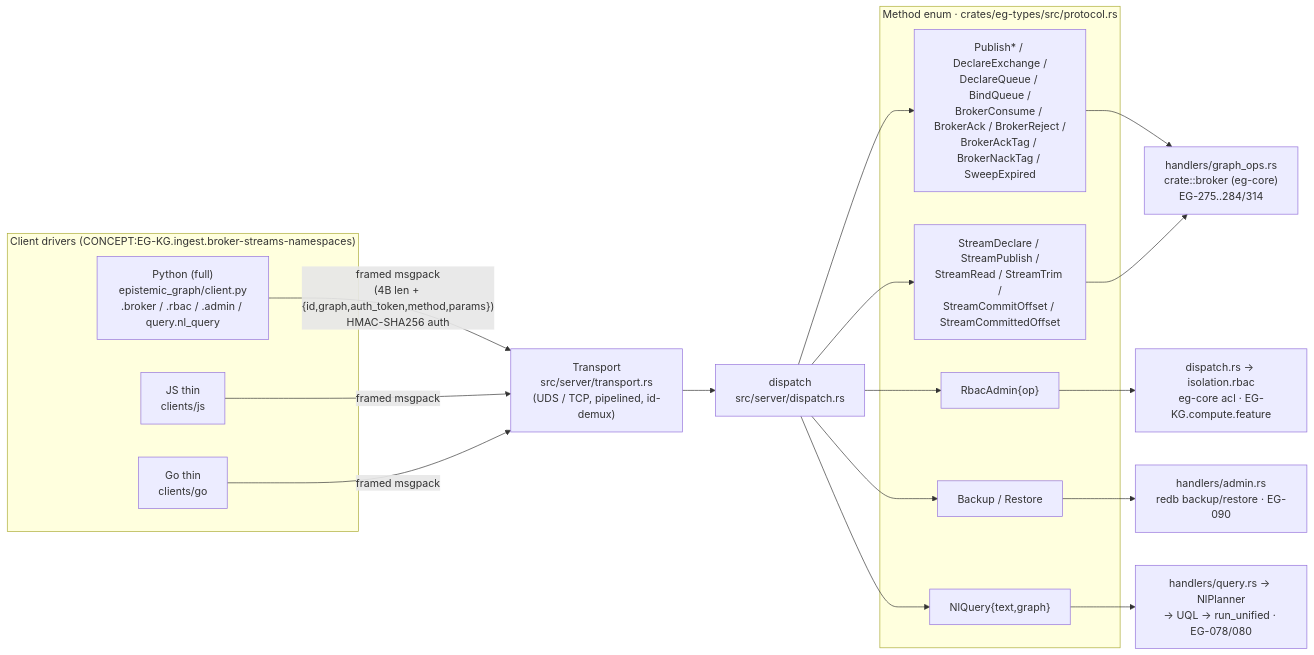
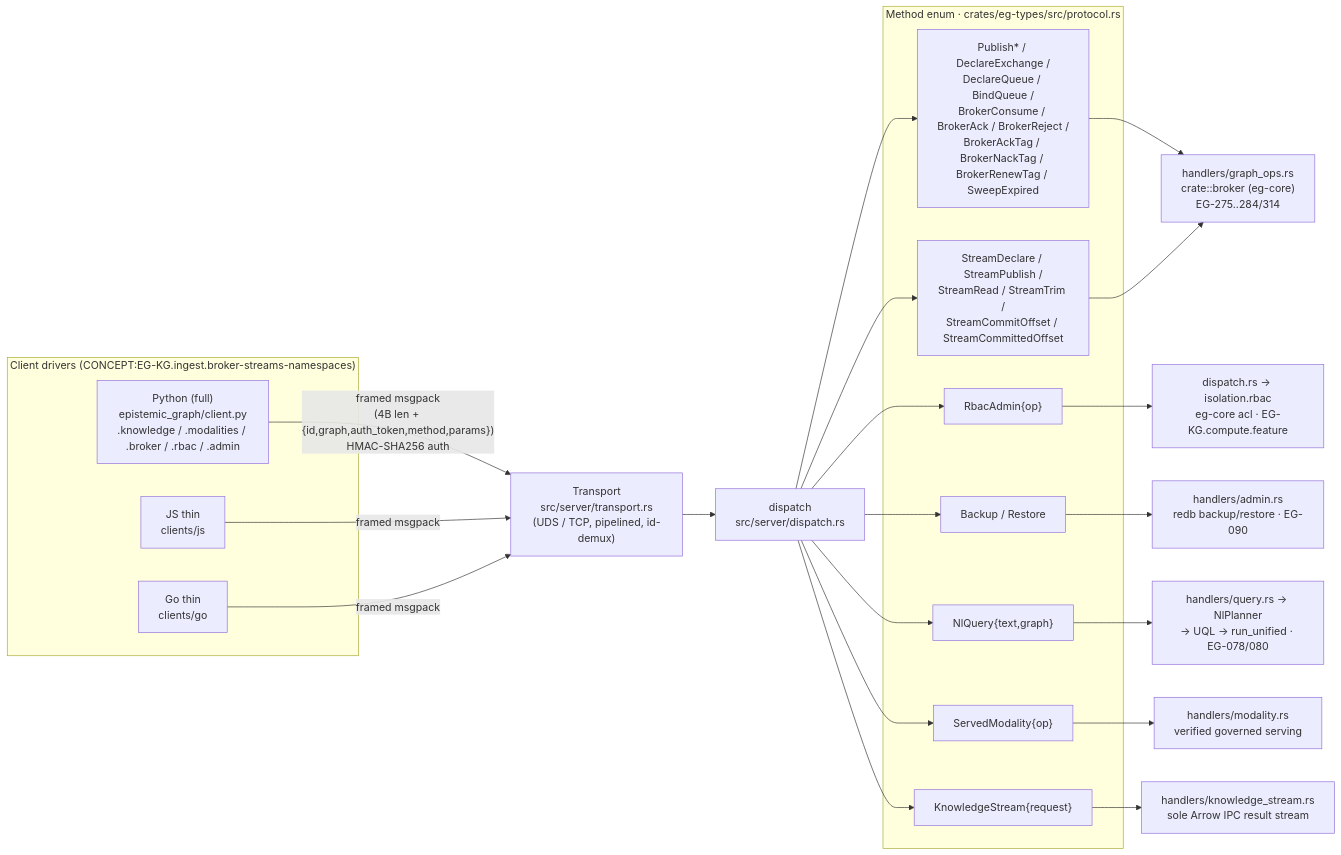
One commit to Knuckles-Team/epistemic-graph changed the diagram in docs/interfaces/clients.md. Above: the diagram before and after it, drawn with Mermaid. The commit also changed other lines of this file and 857 other files, not shown here.

First line of the commit message:
feat(eg): assimilate advanced epistemic-graph 2.23.1

````diff
--- a/docs/interfaces/clients.md
+++ b/docs/interfaces/clients.md
@@ -60,34 +108,40 @@
 ```mermaid
 flowchart LR
   subgraph clients["Client drivers (CONCEPT:EG-KG.ingest.broker-streams-namespaces)"]
-    PY["Python (full)\nepistemic_graph/client.py\n.broker / .rbac / .admin / query.nl_query"]
+    PY["Python (full)\nepistemic_graph/client.py\n.knowledge / .modalities / .broker / .rbac / .admin"]
     JS["JS thin\nclients/js"]
     GO["Go thin\nclients/go"]
   end
 
   PY -- "framed msgpack\n(4B len + {id,graph,auth_token,method,params})\nHMAC-SHA256 auth" --> T
   JS -- "framed msgpack" --> T
   GO -- "framed msgpack" --> T
 
   T["Transport\nsrc/server/transport.rs\n(UDS / TCP, pipelined, id-demux)"] --> D["dispatch\nsrc/server/dispatch.rs"]
 
   subgraph methods["Method enum · crates/eg-types/src/protocol.rs"]
-    M_BROKER["Publish* / DeclareExchange /\nDeclareQueue / BindQueue /\nBrokerConsume / BrokerAck / BrokerReject /\nBrokerAckTag / BrokerNackTag / SweepExpired"]
+    M_BROKER["Publish* / DeclareExchange /\nDeclareQueue / BindQueue /\nBrokerConsume / BrokerAck / BrokerReject /\nBrokerAckTag / BrokerNackTag / BrokerRenewTag / SweepExpired"]
     M_STREAM["StreamDeclare / StreamPublish /\nStreamRead / StreamTrim /\nStreamCommitOffset / StreamCommittedOffset"]
     M_RBAC["RbacAdmin{op}"]
     M_BAK["Backup / Restore"]
     M_NL["NlQuery{text,graph}"]
+    M_MODAL["ServedModality{op}"]
+    M_KNOW["KnowledgeStream{request}"]
   end
 
   D --> M_BROKER
   D --> M_STREAM
   D --> M_RBAC
   D --> M_BAK
   D --> M_NL
+  D --> M_MODAL
+  D --> M_KNOW
 
   M_BROKER --> H1["handlers/graph_ops.rs\ncrate::broker (eg-core)\nEG-275..284/314"]
   M_STREAM --> H1
   M_RBAC --> H2["dispatch.rs → isolation.rbac\neg-core acl · EG-KG.compute.feature"]
   M_BAK  --> H3["handlers/admin.rs\nredb backup/restore · EG-090"]
   M_NL   --> H4["handlers/query.rs → NlPlanner\n→ UQL → run_unified · EG-078/080"]
+  M_MODAL --> H5["handlers/modality.rs\nverified governed serving"]
+  M_KNOW --> H6["handlers/knowledge_stream.rs\nsole Arrow IPC result stream"]
 ```
````
